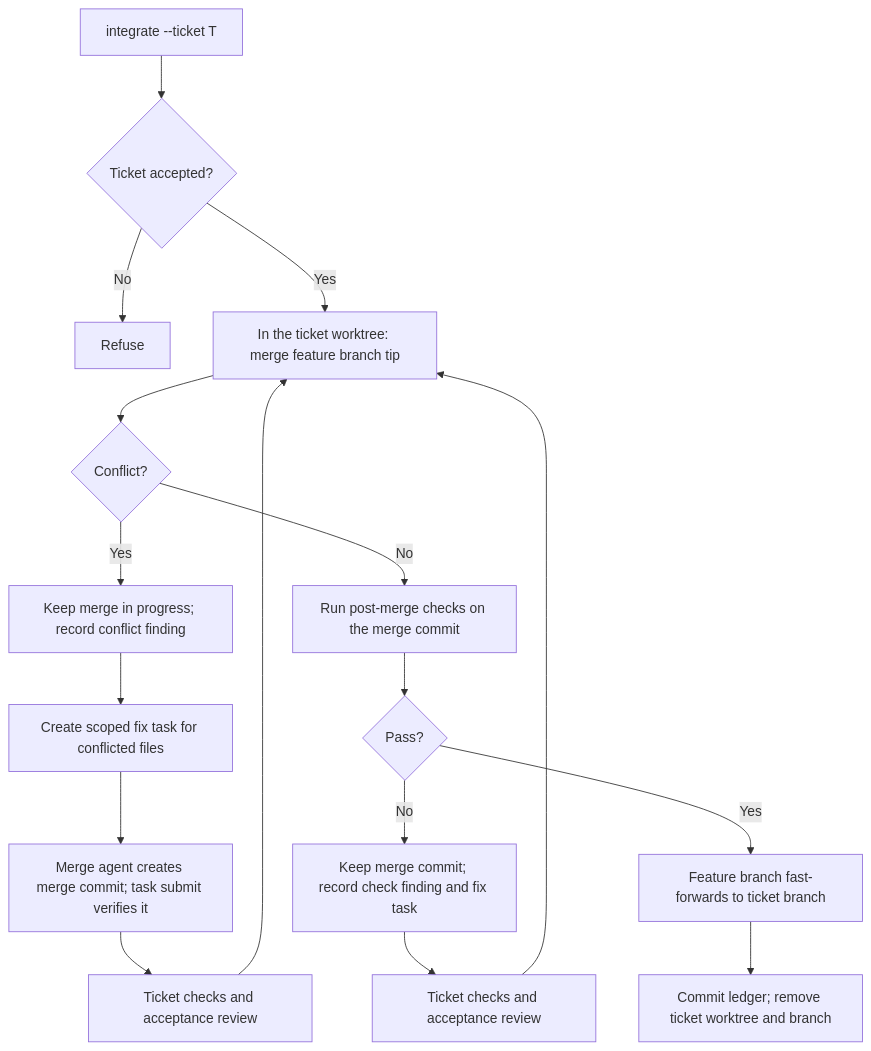
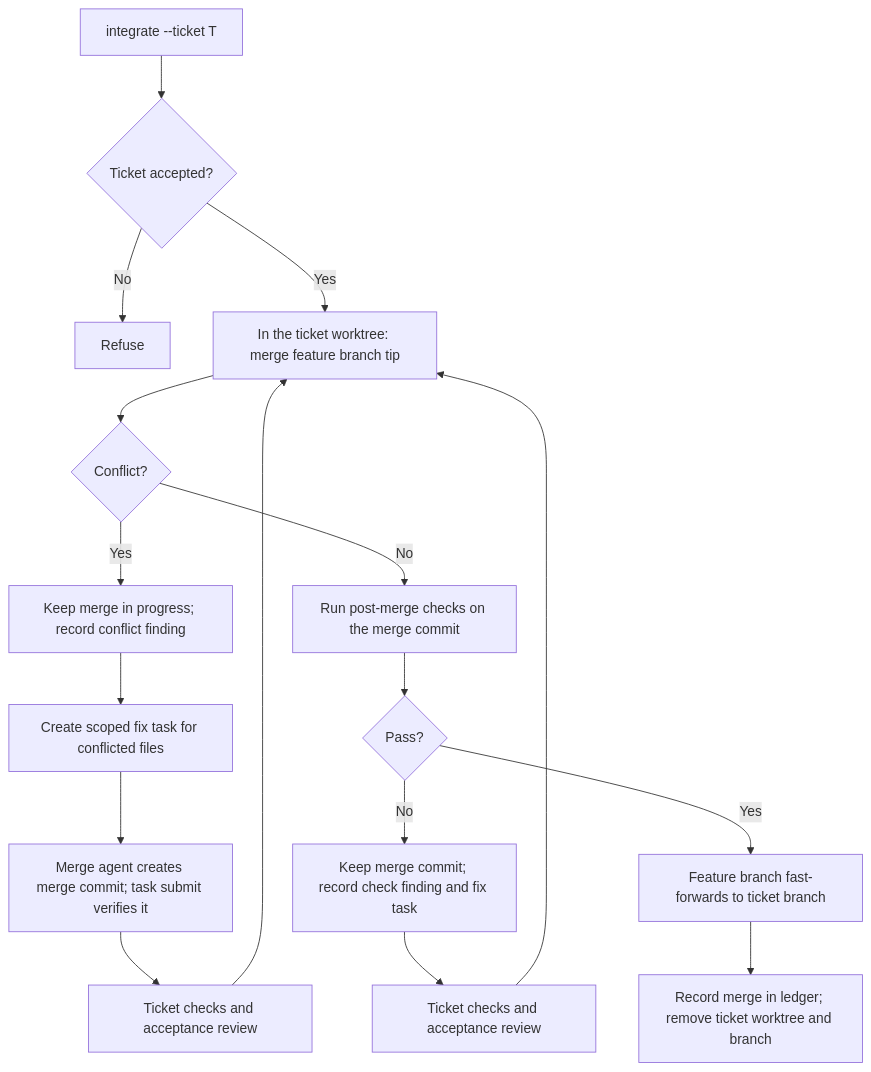
Before and after one commit to UseTheFork/spindle: the sixth of 7 diagrams in SDD-WORKFLOWS.md, drawn with Mermaid. The commit also changed other lines of this file, not shown here.

````diff
--- a/SDD-WORKFLOWS.md
+++ b/SDD-WORKFLOWS.md
@@ -391,19 +407,19 @@
 ```mermaid
 flowchart TD
     A["integrate --ticket T"] --> B{"Ticket accepted?"}
     B -->|"No"| Z["Refuse"]
     B -->|"Yes"| C["In the ticket worktree: merge feature branch tip"]
     C --> D{"Conflict?"}
     D -->|"Yes"| E["Keep merge in progress; record conflict finding"]
     E --> F["Create scoped fix task for conflicted files"]
     F --> G["Merge agent creates merge commit; task submit verifies it"]
     G --> H["Ticket checks and acceptance review"]
     H --> C
     D -->|"No"| I["Run post-merge checks on the merge commit"]
     I --> J{"Pass?"}
     J -->|"No"| K["Keep merge commit; record check finding and fix task"]
     K --> L["Ticket checks and acceptance review"]
     L --> C
     J -->|"Yes"| M["Feature branch fast-forwards to ticket branch"]
-    M --> N["Commit ledger; remove ticket worktree and branch"]
+    M --> N["Record merge in ledger; remove ticket worktree and branch"]
 ```
````
